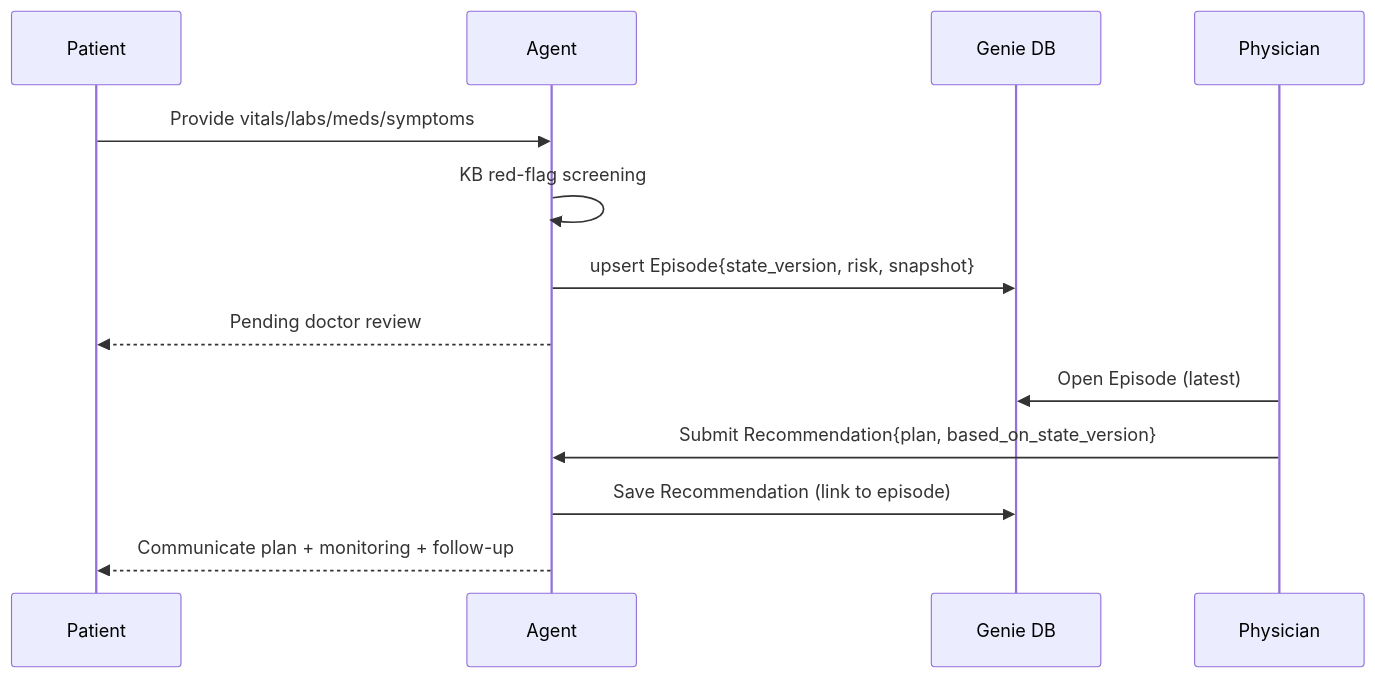
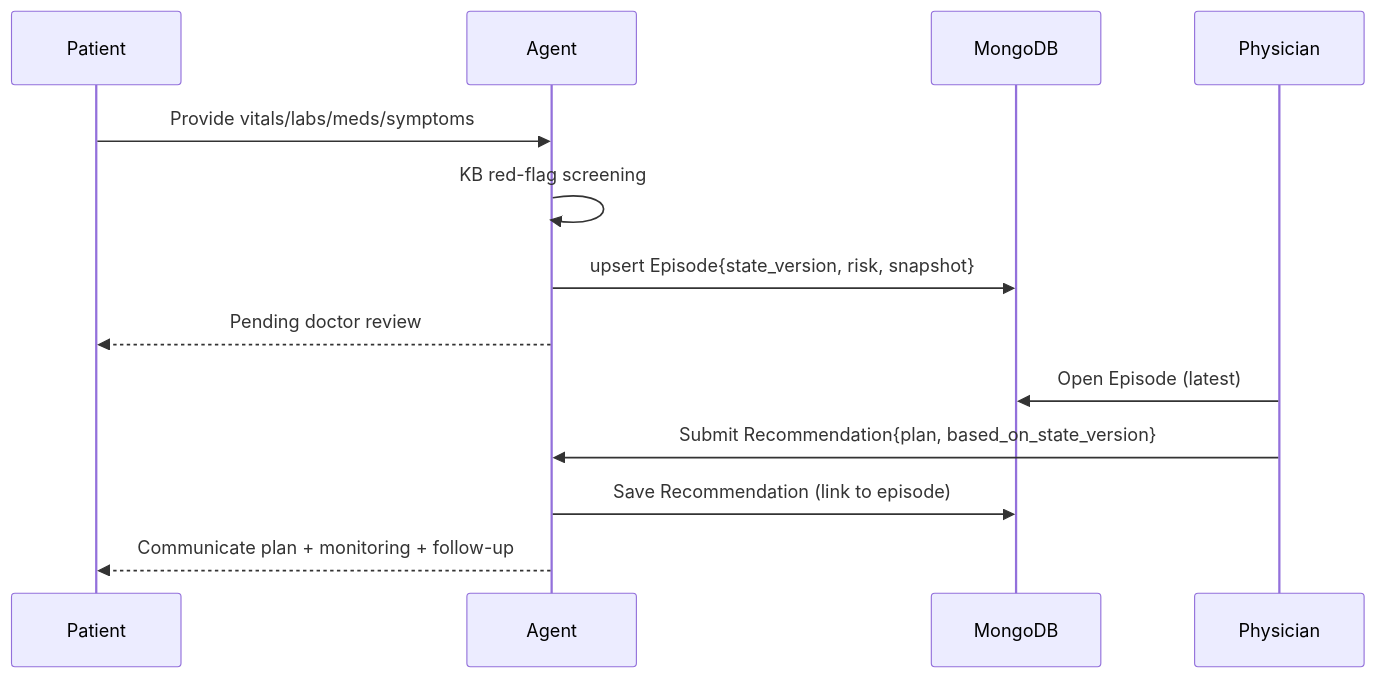
The second of 4 diagrams in docs/hf_agent_architecture.md (sindwerra/cs224v-project), drawn with Mermaid before and after one commit. The commit also changed other lines of this file and 1 other file, not shown here.

Commit message:
change high-level arch from GenieWS and PSQL to OpenAI SDK and mongoDB

````diff
--- a/docs/hf_agent_architecture.md
+++ b/docs/hf_agent_architecture.md
@@ -34,18 +34,18 @@
 ```mermaid
 sequenceDiagram
     participant P as Patient
     participant A as Agent
-    participant DB as Genie DB
+    participant DB as MongoDB
     participant MD as Physician
 
     P->>A: Provide vitals/labs/meds/symptoms
     A->>A: KB red-flag screening
     A->>DB: upsert Episode{state_version, risk, snapshot}
     A-->>P: Pending doctor review
 
     MD->>DB: Open Episode (latest)
     MD->>A: Submit Recommendation{plan, based_on_state_version}
     A->>DB: Save Recommendation (link to episode)
 
     A-->>P: Communicate plan + monitoring + follow-up
 ```
````
